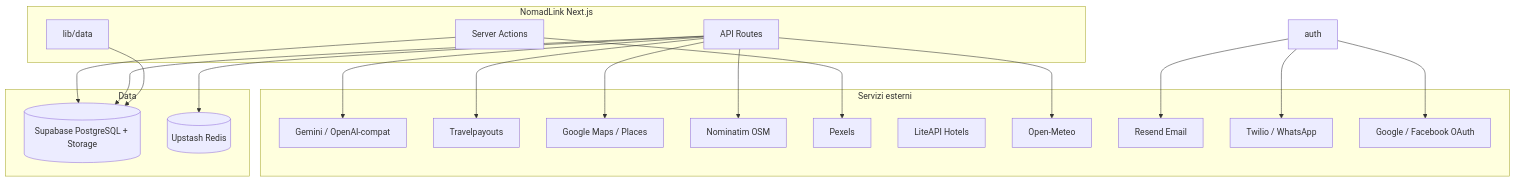
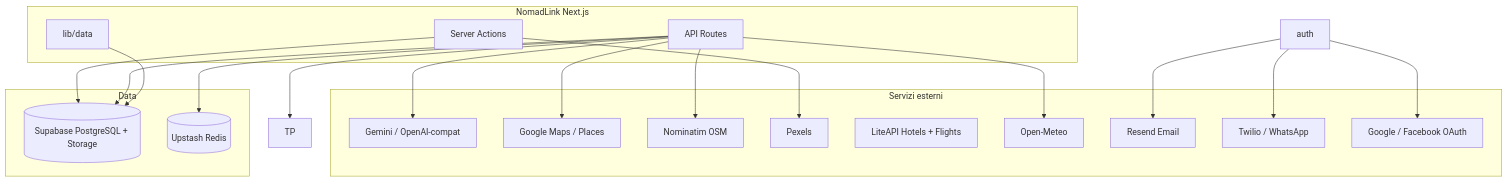
The third of 4 diagrams in docs/ARCHITECTURE.md (robuntitled/webapp), drawn with Mermaid before and after one commit. The commit also changed other lines of this file and 59 other files, not shown here.

First line of the commit message:
Replace Travelpayouts with LiteAPI-only travel stack.

````diff
--- a/docs/ARCHITECTURE.md
+++ b/docs/ARCHITECTURE.md
@@ -248,40 +246,39 @@
 ```mermaid
 flowchart TB
   subgraph app [NomadLink Next.js]
     API[API Routes]
     SA[Server Actions]
     LD[lib/data]
   end
 
   subgraph data [Data]
     SB[(Supabase PostgreSQL + Storage)]
     RD[(Upstash Redis)]
   end
 
   subgraph external [Servizi esterni]
     AI[Gemini / OpenAI-compat]
-    TP[Travelpayouts]
     GM[Google Maps / Places]
     NOM[Nominatim OSM]
     PXL[Pexels]
-    LITE[LiteAPI Hotels]
+    LITE[LiteAPI Hotels + Flights]
     METEO[Open-Meteo]
     RES[Resend Email]
     OTP[Twilio / WhatsApp]
     OAUTH[Google / Facebook OAuth]
   end
 
   LD --> SB
   API --> SB
   API --> RD
   API --> AI
   API --> TP
   API --> GM
   API --> NOM
   API --> METEO
   SA --> PXL
   SA --> SB
   auth --> OAUTH
   auth --> RES
   auth --> OTP
 ```
````
